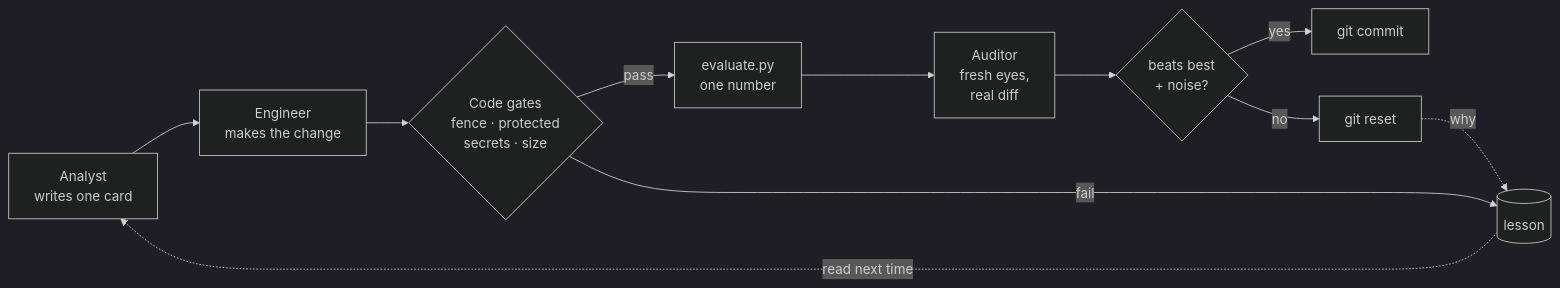
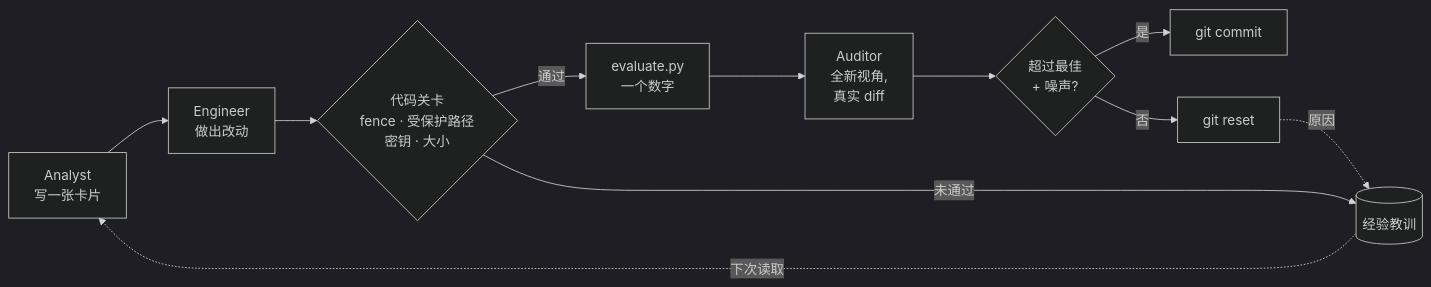
Before and after one commit to johnha912/keeploop: the diagram in README.zh-CN.md, drawn with Mermaid (dark theme). The commit also changed other lines of this file and 4 other files, not shown here.

First line of the commit message:
Sync translated READMEs: prompt, diagram, alt text, current team.yaml

````diff
--- a/README.zh-CN.md
+++ b/README.zh-CN.md
@@ -185,13 +185,13 @@
 ```mermaid
 flowchart LR
-    A[Analyst<br/>writes one card] --> E[Engineer<br/>makes the change]
-    E --> G{Code gates<br/>fence · protected<br/>secrets · size}
-    G -- pass --> V[evaluate.py<br/>one number]
-    V --> U[Auditor<br/>fresh eyes,<br/>real diff]
-    U --> C{beats best<br/>+ noise?}
-    C -- yes --> K[git commit]
-    C -- no --> D[git reset]
-    G -- fail --> L[(lesson)]
-    D -. why .-> L
-    L -. read next time .-> A
+    A[Analyst<br/>写一张卡片] --> E[Engineer<br/>做出改动]
+    E --> G{代码关卡<br/>fence · 受保护路径<br/>密钥 · 大小}
+    G -- 通过 --> V[evaluate.py<br/>一个数字]
+    V --> U[Auditor<br/>全新视角,<br/>真实 diff]
+    U --> C{超过最佳<br/>+ 噪声?}
+    C -- 是 --> K[git commit]
+    C -- 否 --> D[git reset]
+    G -- 未通过 --> L[(经验教训)]
+    D -. 原因 .-> L
+    L -. 下次读取 .-> A
 ```
````
